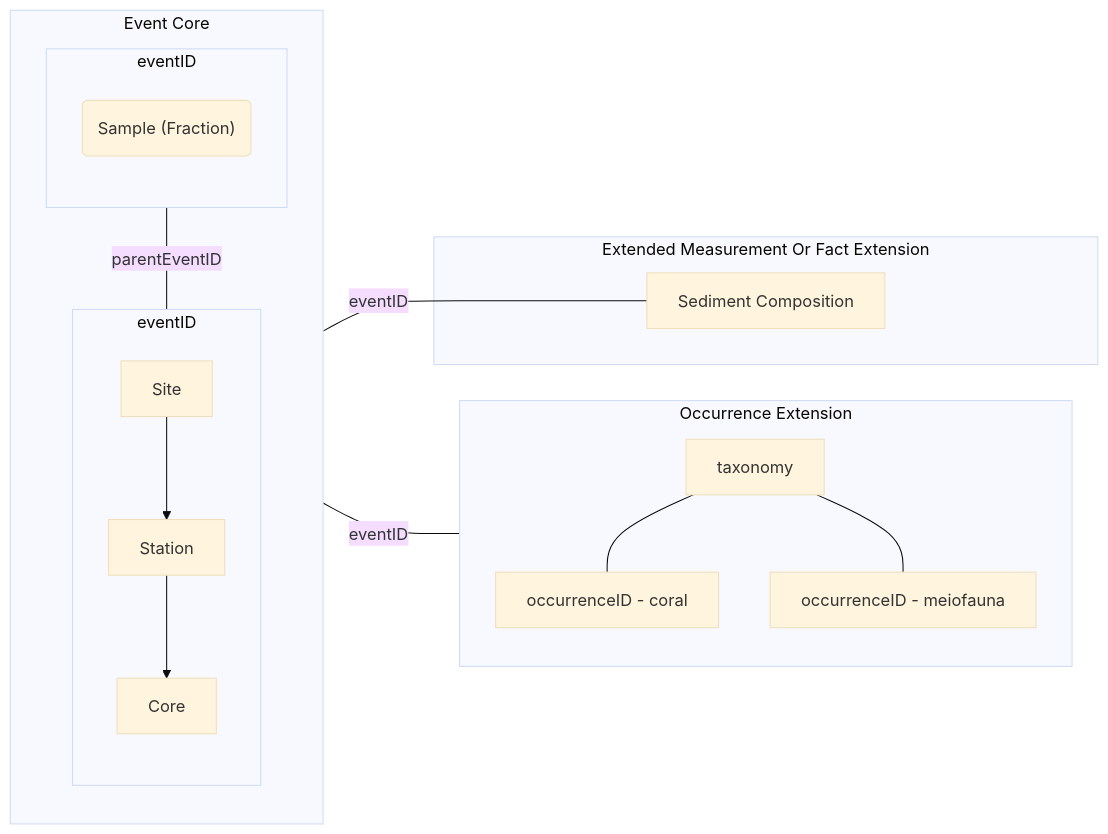
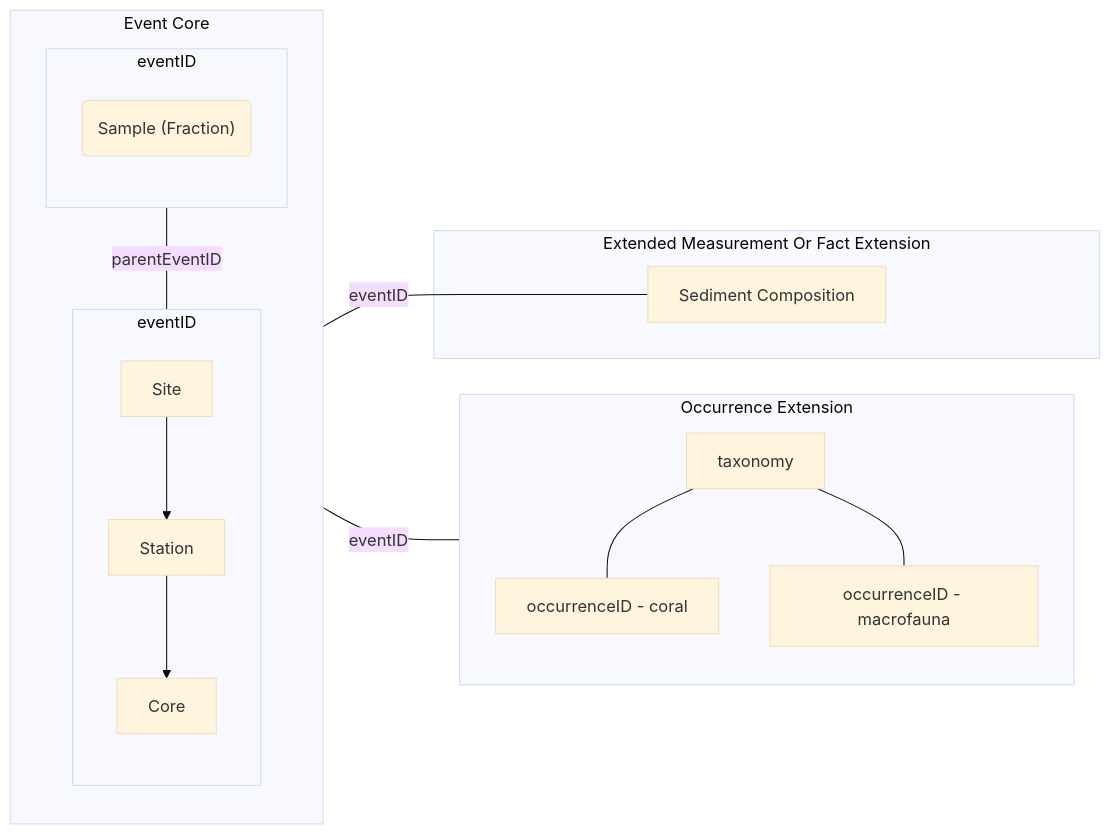
One commit to kylieh10/gomx_sediment_macrofauna changed the diagram in scripts/data_model.qmd. Above: the diagram before and after it, drawn with Mermaid. The commit also changed 16 other files, not shown here.

Commit message:
updated mermaid diagram

````diff
--- a/scripts/data_model.qmd
+++ b/scripts/data_model.qmd
@@ -15,40 +15,40 @@
 ```{mermaid}
 
 %%{init: {'theme':'base'}}%%
 
 graph RL
 
     %% build event core box
     subgraph Event Core
         direction TB
         subgraph core["eventID"]
             direction TB
             Site-->Station-->Core
         end
         subgraph sample["eventID"]
             direction TB
             Sample("Sample (Fraction)")
         end
         sample---|"parentEventID"|core
         end
     
     %% build occurrence box
     subgraph Occurrence["Occurrence Extension"]
         direction TB    
         taxonomy
         occ1["occurrenceID - coral"]
-        occ2["occurrenceID - meiofauna"]
+        occ2["occurrenceID - macrofauna"]
 
         taxonomy--- occ1 & occ2
     end
 
     Occurrence---|"eventID"| Sample
     %% build eMOF box
     subgraph eMOF["Extended Measurement Or Fact Extension"]
     Fraction["Sediment Composition"]
     end
 
 %% connect fraction to sample
 Fraction---|eventID| Sample
   
 ```
````
